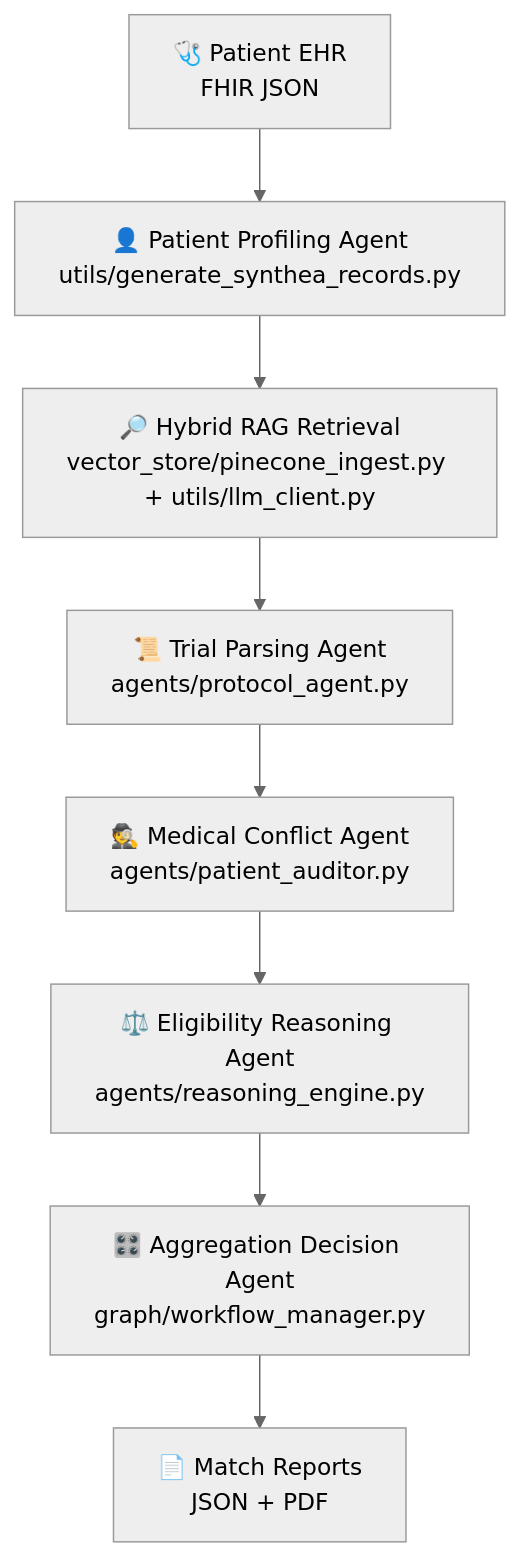
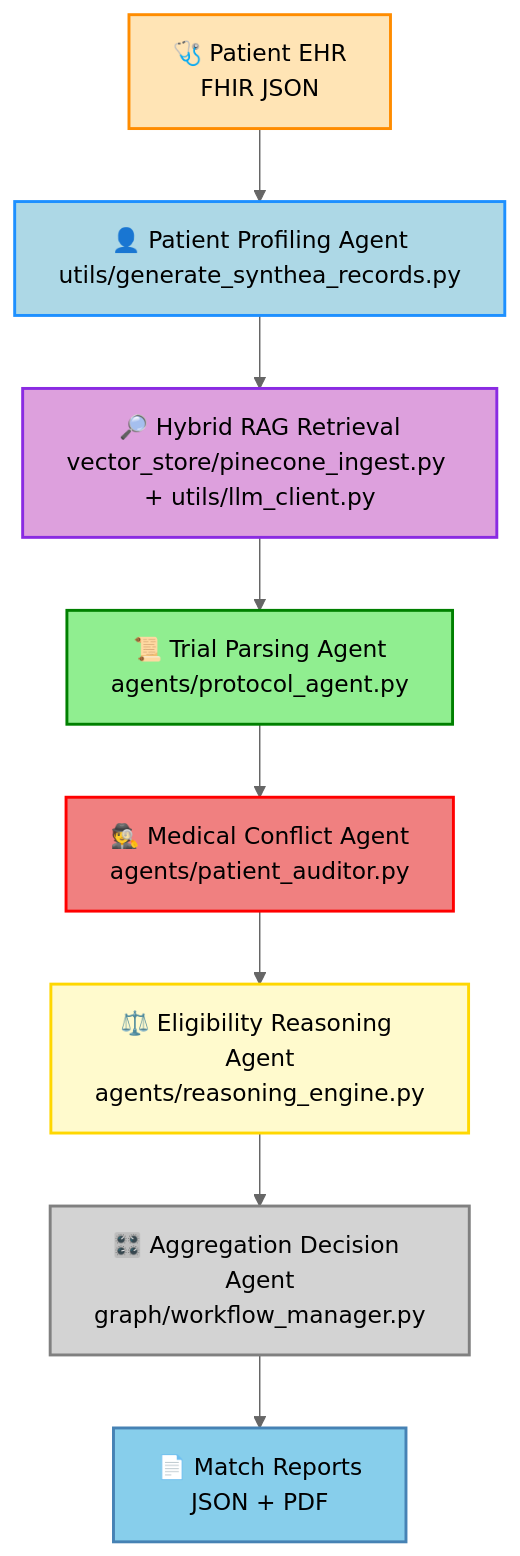
Before and after one commit to Yohansgit/multi_agent_clinical_trial_matching_system: the diagram in README.md, drawn with Mermaid (neutral theme).

````diff
--- a/README.md
+++ b/README.md
@@ -95,14 +95,32 @@
 ```mermaid
 flowchart TB
+    %% Nodes with color
     EHR["🩺 Patient EHR<br/>FHIR JSON"]
-    EHR --> PA["👤 Patient Profiling Agent<br/>utils/generate_synthea_records.py"]
+    PA["👤 Patient Profiling Agent<br/>utils/generate_synthea_records.py"]
+    RAG["🔎 Hybrid RAG Retrieval<br/>vector_store/pinecone_ingest.py + utils/llm_client.py"]
+    TP["📜 Trial Parsing Agent<br/>agents/protocol_agent.py"]
+    MC["🕵️ Medical Conflict Agent<br/>agents/patient_auditor.py"]
+    ER["⚖️ Eligibility Reasoning Agent<br/>agents/reasoning_engine.py"]
+    AGG["🎛️ Aggregation Decision Agent<br/>graph/workflow_manager.py"]
+    OUT["📄 Match Reports<br/>JSON + PDF"]
 
-    PA --> RAG["🔎 Hybrid RAG Retrieval<br/>vector_store/pinecone_ingest.py + utils/llm_client.py"]
-    RAG --> TP["📜 Trial Parsing Agent<br/>agents/protocol_agent.py"]
+    %% Edges
+    EHR --> PA
+    PA --> RAG
+    RAG --> TP
+    TP --> MC
+    MC --> ER
+    ER --> AGG
+    AGG --> OUT
 
-    TP --> MC["🕵️ Medical Conflict Agent<br/>agents/patient_auditor.py"]
-    MC --> ER["⚖️ Eligibility Reasoning Agent<br/>agents/reasoning_engine.py"]
-    ER --> AGG["🎛️ Aggregation Decision Agent<br/>graph/workflow_manager.py"]
+    %% Styling nodes with colors
+    style EHR fill:#ffe4b5,stroke:#ff8c00,stroke-width:2px
+    style PA fill:#add8e6,stroke:#1e90ff,stroke-width:2px
+    style RAG fill:#dda0dd,stroke:#8a2be2,stroke-width:2px
+    style TP fill:#90ee90,stroke:#008000,stroke-width:2px
+    style MC fill:#f08080,stroke:#ff0000,stroke-width:2px
+    style ER fill:#fffacd,stroke:#ffd700,stroke-width:2px
+    style AGG fill:#d3d3d3,stroke:#808080,stroke-width:2px
+    style OUT fill:#87ceeb,stroke:#4682b4,stroke-width:2px
 
-    AGG --> OUT["📄 Match Reports<br/>JSON + PDF"]
 ```
````
